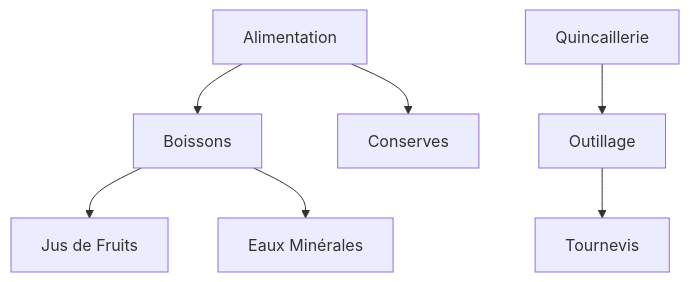
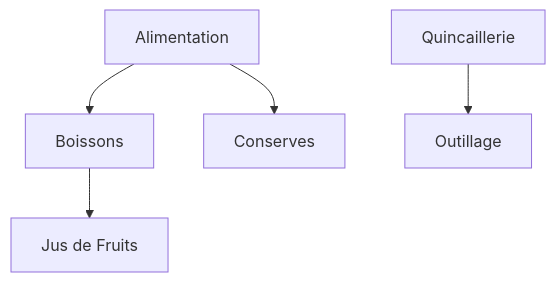
One commit to Kouamekobenan/back-spservice changed the first of 2 diagrams in README.md. Above: the diagram before and after it, drawn with Mermaid. The commit also changed other lines of this file and 32 other files, not shown here.

````diff
--- a/README.md
+++ b/README.md
@@ -56,9 +51,7 @@
 ```mermaid
 graph TD
     A[Alimentation] --> B[Boissons]
     A --> C[Conserves]
     B --> D[Jus de Fruits]
-    B --> E[Eaux Minérales]
     F[Quincaillerie] --> G[Outillage]
-    G --> H[Tournevis]
 ```
````
